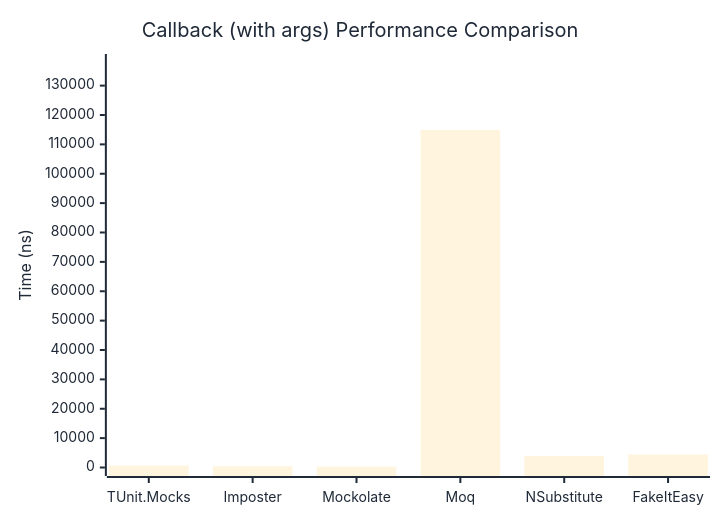
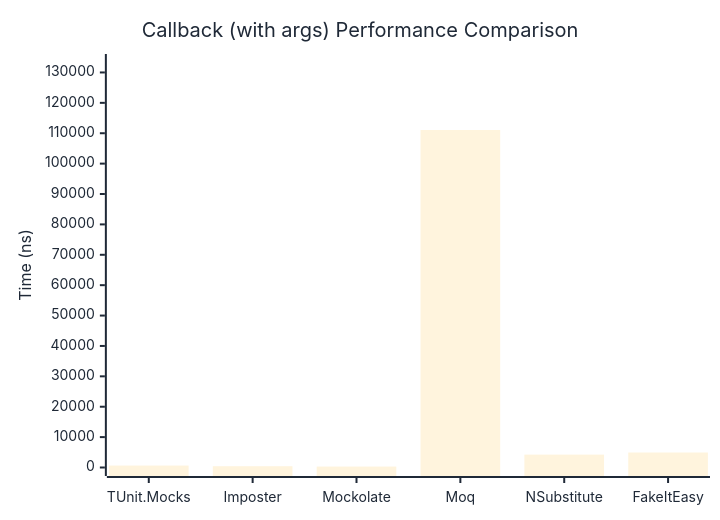
Before and after one commit to thomhurst/TUnit: the second of 2 diagrams in docs/docs/benchmarks/mocks/Callback.md, drawn with Mermaid. The commit also changed other lines of this file and 14 other files, not shown here.

````diff
--- a/docs/docs/benchmarks/mocks/Callback.md
+++ b/docs/docs/benchmarks/mocks/Callback.md
@@ -71,27 +71,27 @@
 ```mermaid
 %%{init: {
   'theme':'base',
   'themeVariables': {
     'primaryColor': '#2563eb',
     'primaryTextColor': '#1f2937',
     'primaryBorderColor': '#1e40af',
     'lineColor': '#6b7280',
     'secondaryColor': '#7c3aed',
     'tertiaryColor': '#dc2626',
     'background': '#ffffff',
     'pie1': '#2563eb',
     'pie2': '#7c3aed',
     'pie3': '#dc2626',
     'pie4': '#f59e0b',
     'pie5': '#10b981',
     'pie6': '#06b6d4',
     'pie7': '#ec4899',
     'pie8': '#6366f1'
   }
 }}%%
 xychart-beta
   title "Callback (with args) Performance Comparison"
   x-axis ["TUnit.Mocks", "Imposter", "Mockolate", "Moq", "NSubstitute", "FakeItEasy"]
-  y-axis "Time (ns)" 0 --> 137871
-  bar [654.8, 414.7, 299.3, 114892.1, 3886.7, 4433.2]
+  y-axis "Time (ns)" 0 --> 133277
+  bar [640, 424.5, 306, 111063.9, 4236.5, 4933.9]
 ```
````
